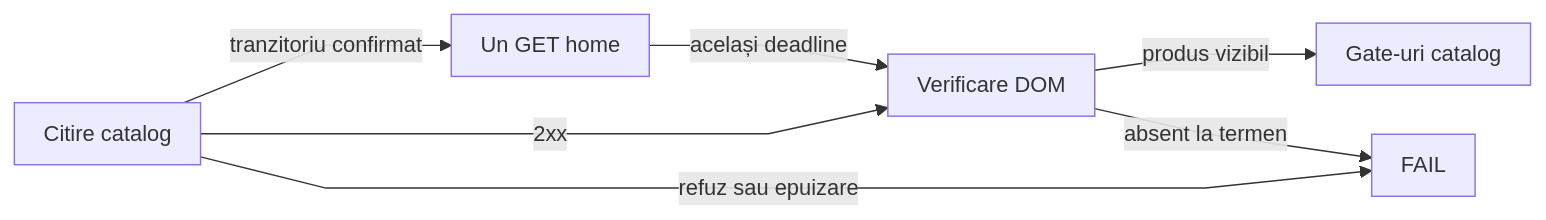
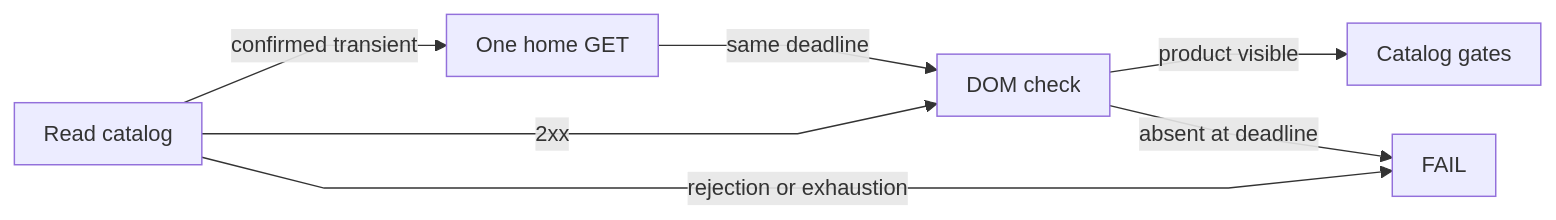
Before and after one commit to crististefanita/atf_j0: the second of 13 diagrams in atf-test-practice-shop/README.md, drawn with Mermaid. The commit also changed other lines of this file and 113 other files, not shown here.

````diff
--- a/atf-test-practice-shop/README.md
+++ b/atf-test-practice-shop/README.md
@@ -242,10 +263,10 @@
 ```mermaid
 %%{init: {"themeVariables":{"fontSize":"15px"},"themeCSS":".nodeLabel, .nodeLabel p { font-size: 15px !important; line-height: 1.35 !important; } .edgeLabel, .edgeLabel p { font-size: 12px !important; font-weight: 400 !important; line-height: 1.2 !important; } .edgeLabel .labelBkg, .edgeLabel p { background: transparent !important; } .edgeLabel foreignObject { transform: translateY(-18px); overflow: visible; } .node rect { rx: 6px; ry: 6px; }","flowchart":{"curve":"linear","nodeSpacing":24,"rankSpacing":40,"padding":10,"diagramPadding":16}}}%%
 flowchart LR
-    Read["Citire catalog"] -->|tranzitoriu confirmat| Refresh["Un GET home"]
-    Read -->|2xx| Dom["Verificare DOM"]
-    Refresh -->|același deadline| Dom
-    Read -->|refuz sau epuizare| Fail["FAIL"]
-    Dom -->|produs vizibil| Next["Gate-uri catalog"]
-    Dom -->|absent la termen| Fail
+    Read["Read catalog"] -->|confirmed transient| Refresh["One home GET"]
+    Read -->|2xx| Dom["DOM check"]
+    Refresh -->|same deadline| Dom
+    Read -->|rejection or exhaustion| Fail["FAIL"]
+    Dom -->|product visible| Next["Catalog gates"]
+    Dom -->|absent at deadline| Fail
 ```
````
